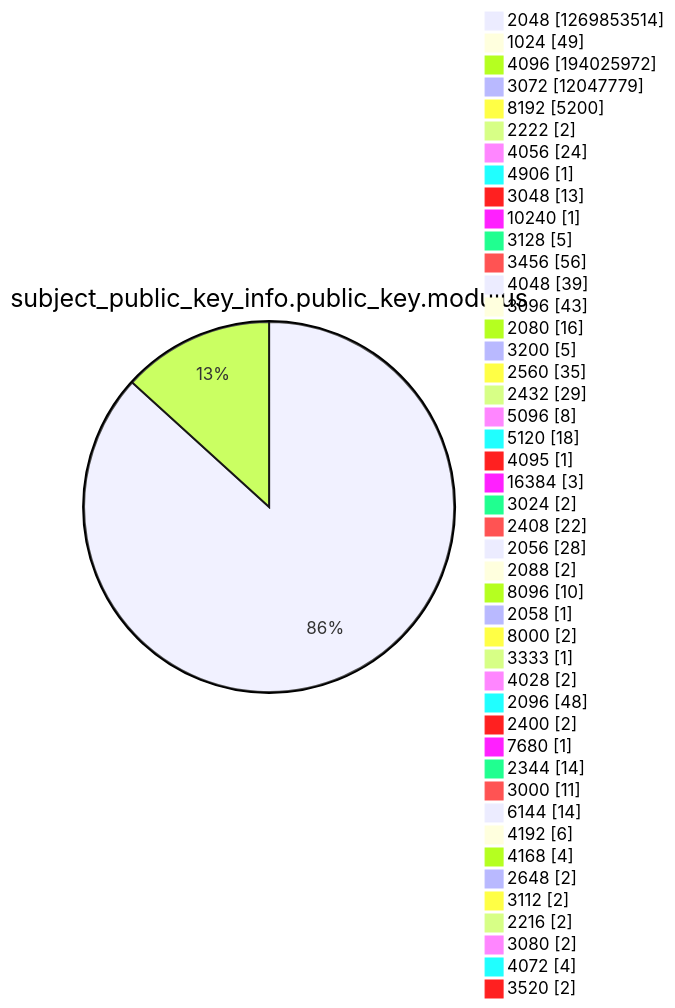
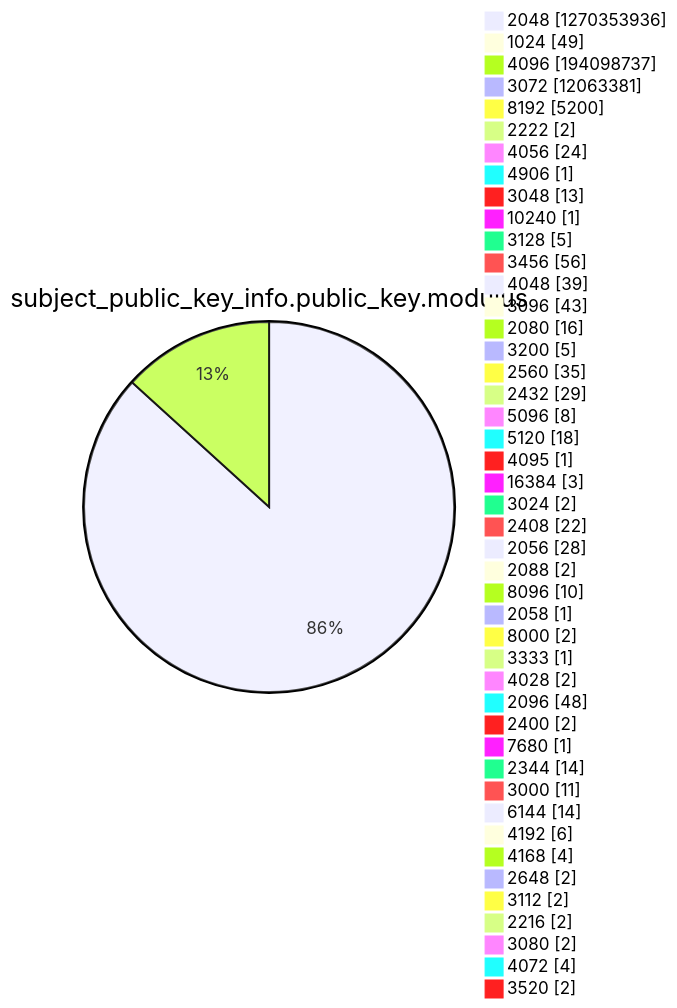
Before and after one commit to christiankrug/ctmonitor_visualization: diagram 13 of 15 in xenon2022/README.md, drawn with Mermaid. The commit also changed other lines of this file, not shown here.

````diff
--- a/xenon2022/README.md
+++ b/xenon2022/README.md
@@ -3920,49 +3920,49 @@
 ```mermaid
 pie showData
 title subject_public_key_info.public_key.modulus
-"2048" :1269853514
+"2048" :1270353936
 "1024" :49
-"4096" :194025972
-"3072" :12047779
+"4096" :194098737
+"3072" :12063381
 "8192" :5200
 "2222" :2
 "4056" :24
 "4906" :1
 "3048" :13
 "10240" :1
 "3128" :5
 "3456" :56
 "4048" :39
 "3096" :43
 "2080" :16
 "3200" :5
 "2560" :35
 "2432" :29
 "5096" :8
 "5120" :18
 "4095" :1
 "16384" :3
 "3024" :2
 "2408" :22
 "2056" :28
 "2088" :2
 "8096" :10
 "2058" :1
 "8000" :2
 "3333" :1
 "4028" :2
 "2096" :48
 "2400" :2
 "7680" :1
 "2344" :14
 "3000" :11
 "6144" :14
 "4192" :6
 "4168" :4
 "2648" :2
 "3112" :2
 "2216" :2
 "3080" :2
 "4072" :4
 "3520" :2
 ```
````
